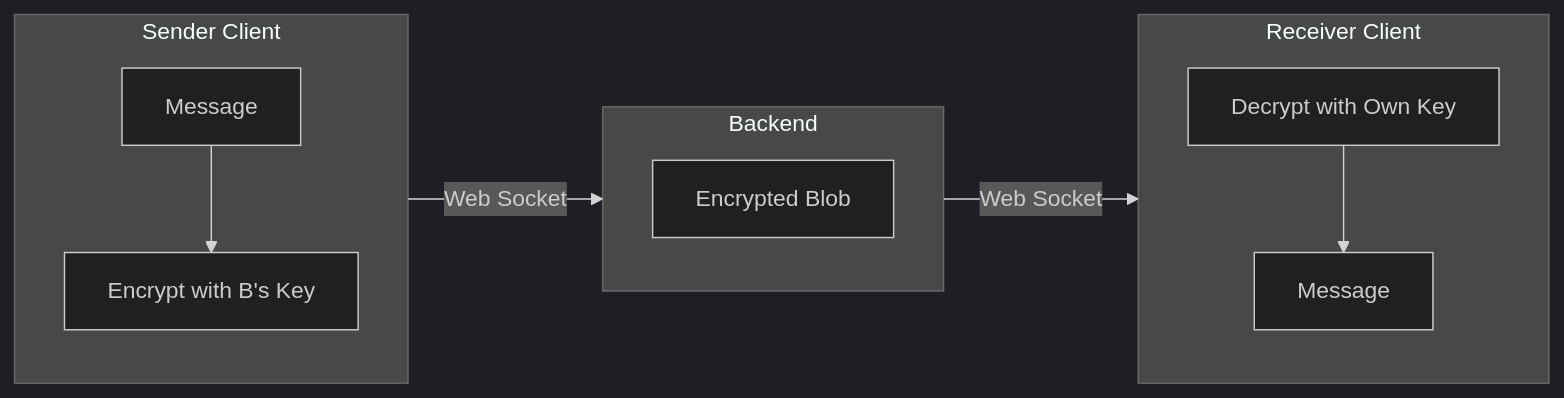
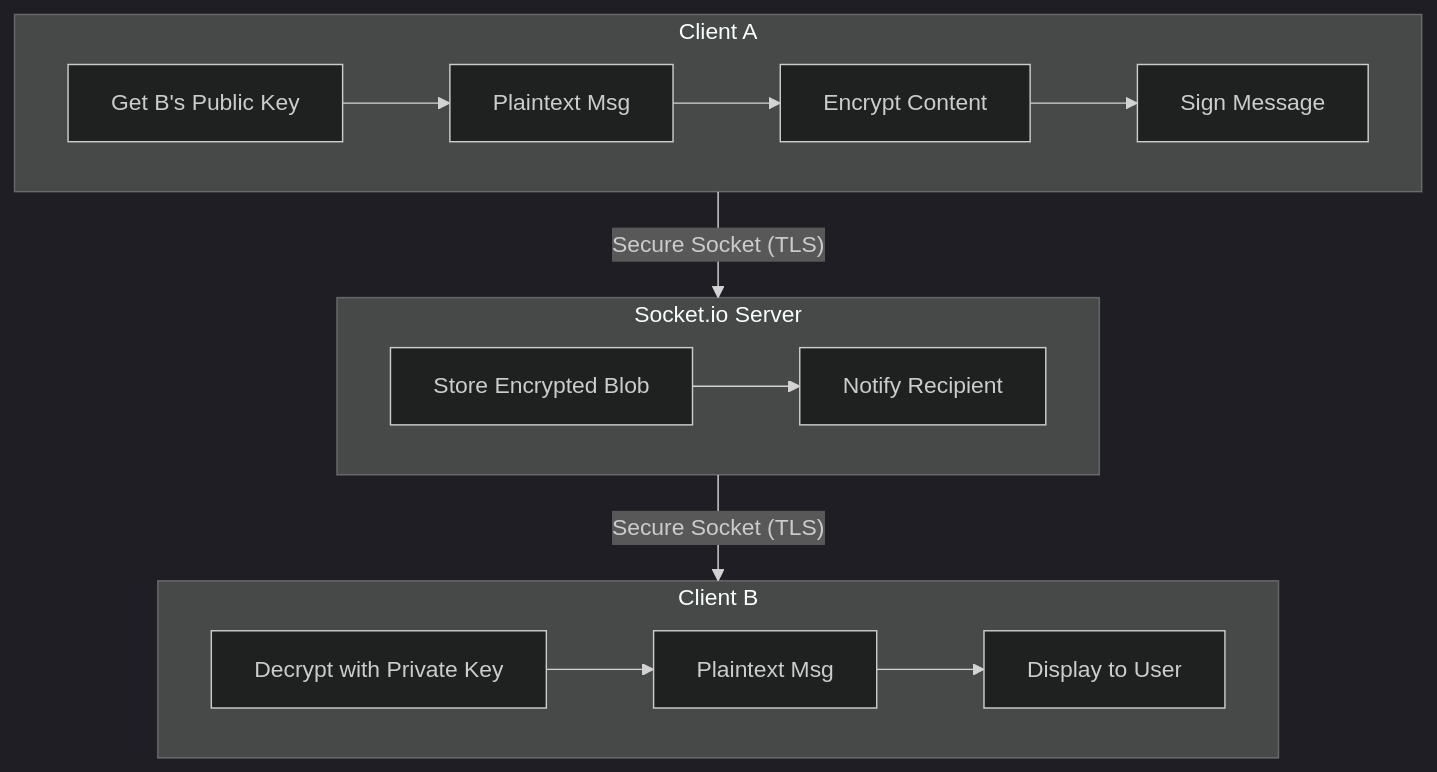
One commit to YaduEnc/MuhDikhai changed the fifth of 7 diagrams in README.md. Above: the diagram before and after it, drawn with Mermaid (dark theme). The commit also changed other lines of this file, not shown here.

Commit message:
Enhance README with comprehensive technical diagrams and system flow documentation

````diff
--- a/README.md
+++ b/README.md
@@ -83,17 +155,20 @@
 ```mermaid
-flowchart LR
-    subgraph ClientA [Sender Client]
-        M[Message] --> E[Encrypt with B's Key]
+flowchart TD
+    subgraph Sender [Client A]
+        K[Get B's Public Key] --> PL[Plaintext Msg]
+        PL --> ENC[Encrypt Content]
+        ENC --> SIGN[Sign Message]
     end
     
-    subgraph Server [Backend]
-        ENC[Encrypted Blob]
+    subgraph Relay [Socket.io Server]
+        RB[Store Encrypted Blob] --> NOT[Notify Recipient]
     end
     
-    subgraph ClientB [Receiver Client]
-        D[Decrypt with Own Key] --> M2[Message]
+    subgraph Receiver [Client B]
+        DEC[Decrypt with Private Key] --> PL2[Plaintext Msg]
+        PL2 --> DISP[Display to User]
     end
 
-    ClientA -- Web Socket --> Server
-    Server -- Web Socket --> ClientB
+    Sender -- "Secure Socket (TLS)" --> Relay
+    Relay -- "Secure Socket (TLS)" --> Receiver
 ```
````
